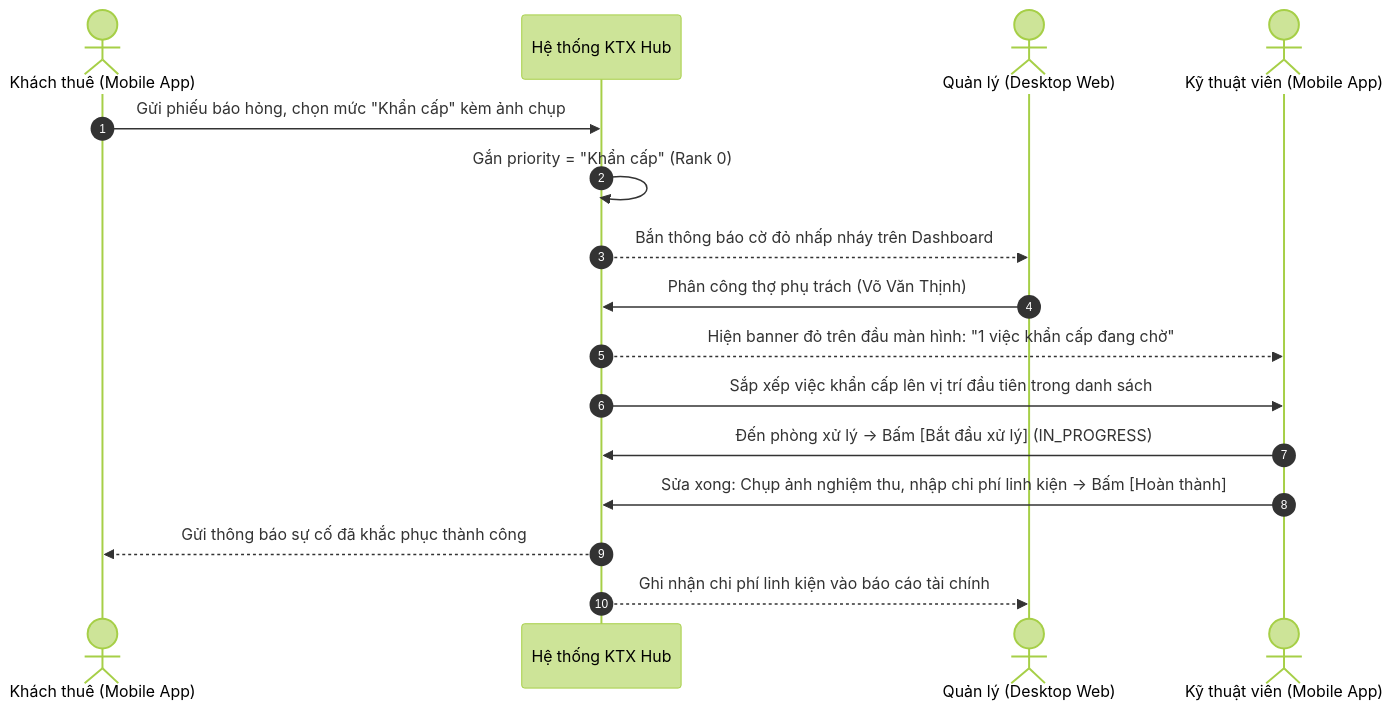
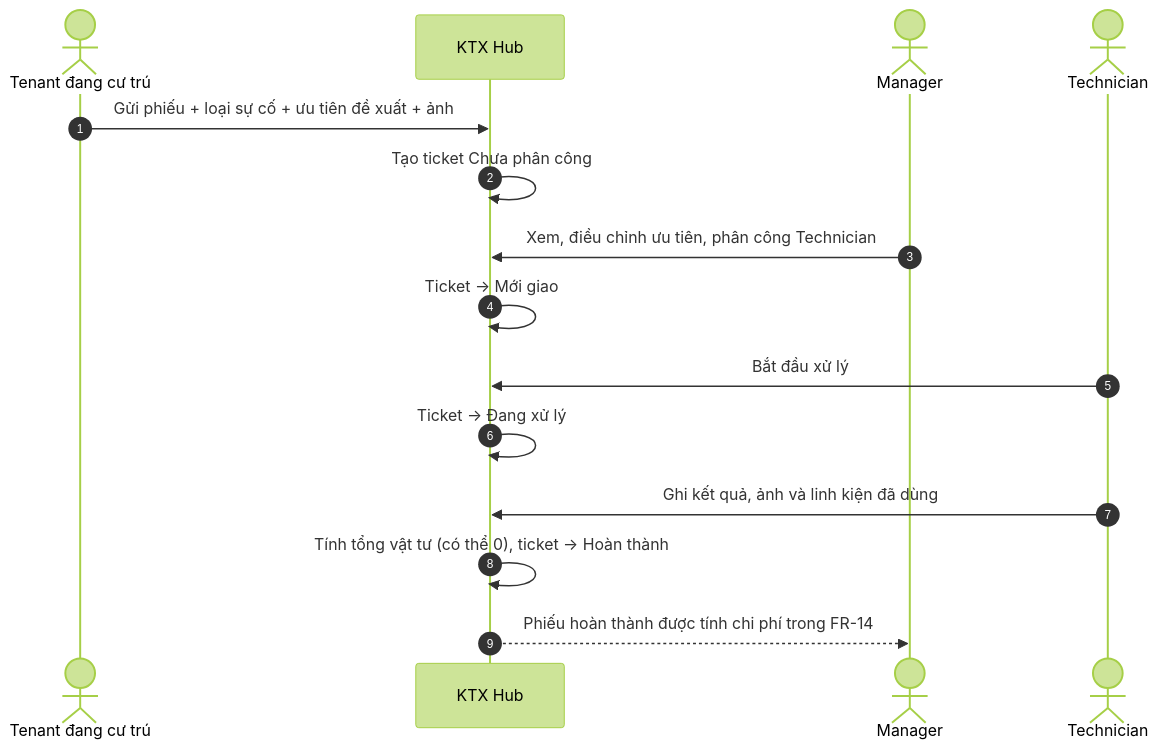
The sixth of 8 diagrams in docs/SRS.md (Quan-ly-ktx/quan-ly-ktx-be), drawn with Mermaid (forest theme) before and after one commit. The commit also changed other lines of this file and 2 other files, not shown here.

Commit message:
docs: update srs, erd

````diff
--- a/docs/SRS.md
+++ b/docs/SRS.md
@@ -714,19 +1089,17 @@
 ```mermaid
 sequenceDiagram
     autonumber
-    actor Khach as Khách thuê (Mobile App)
-    participant Sys as Hệ thống KTX Hub
-    actor BQL as Quản lý (Desktop Web)
-    actor Tho as Kỹ thuật viên (Mobile App)
-
-    Khach->>Sys: Gửi phiếu báo hỏng, chọn mức "Khẩn cấp" kèm ảnh chụp
-    Sys->>Sys: Gắn priority = "Khẩn cấp" (Rank 0)
-    Sys-->>BQL: Bắn thông báo cờ đỏ nhấp nháy trên Dashboard
-    BQL->>Sys: Phân công thợ phụ trách (Võ Văn Thịnh)
-    Sys-->>Tho: Hiện banner đỏ trên đầu màn hình: "1 việc khẩn cấp đang chờ"
-    Sys->>Tho: Sắp xếp việc khẩn cấp lên vị trí đầu tiên trong danh sách
-    Tho->>Sys: Đến phòng xử lý -> Bấm [Bắt đầu xử lý] (IN_PROGRESS)
-    Tho->>Sys: Sửa xong: Chụp ảnh nghiệm thu, nhập chi phí linh kiện -> Bấm [Hoàn thành]
-    Sys-->>Khach: Gửi thông báo sự cố đã khắc phục thành công
-    Sys-->>BQL: Ghi nhận chi phí linh kiện vào báo cáo tài chính
+    actor T as Tenant đang cư trú
+    participant S as KTX Hub
+    actor M as Manager
+    actor K as Technician
+    T->>S: Gửi phiếu + loại sự cố + ưu tiên đề xuất + ảnh
+    S->>S: Tạo ticket Chưa phân công
+    M->>S: Xem, điều chỉnh ưu tiên, phân công Technician
+    S->>S: Ticket -> Mới giao
+    K->>S: Bắt đầu xử lý
+    S->>S: Ticket -> Đang xử lý
+    K->>S: Ghi kết quả, ảnh và linh kiện đã dùng
+    S->>S: Tính tổng vật tư (có thể 0), ticket -> Hoàn thành
+    S-->>M: Phiếu hoàn thành được tính chi phí trong FR-14
 ```
````
